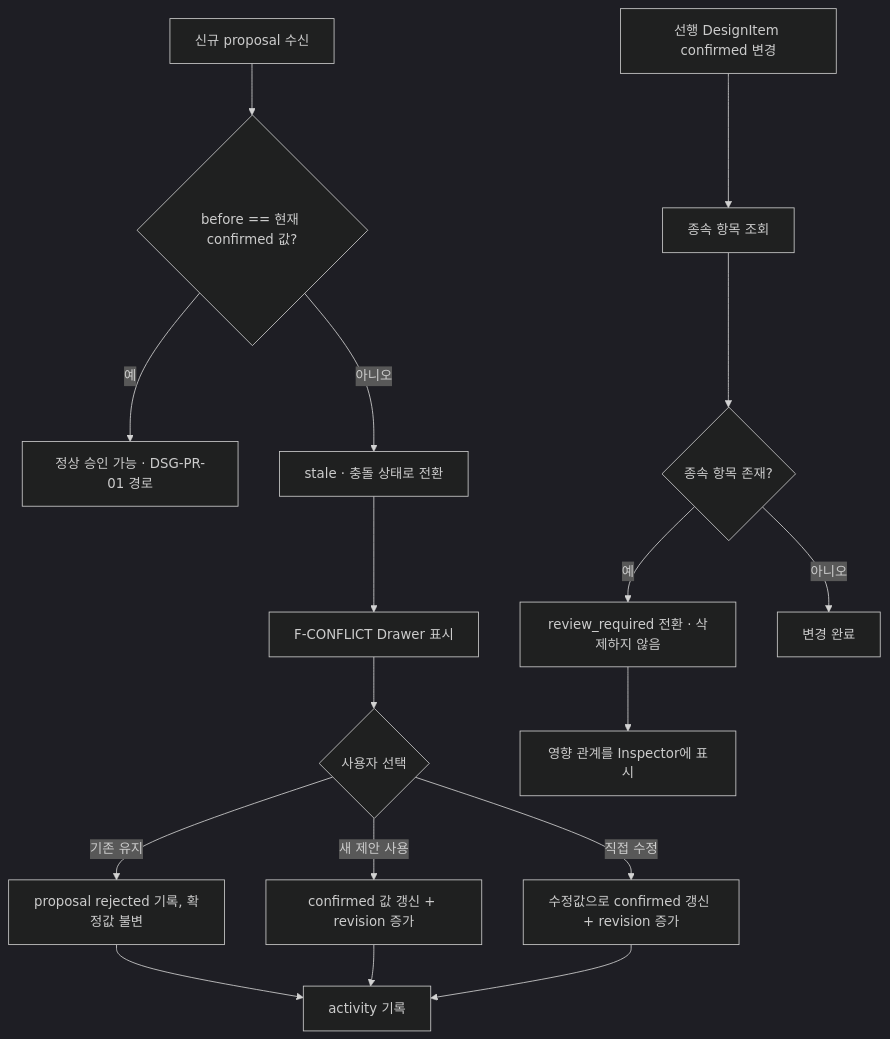
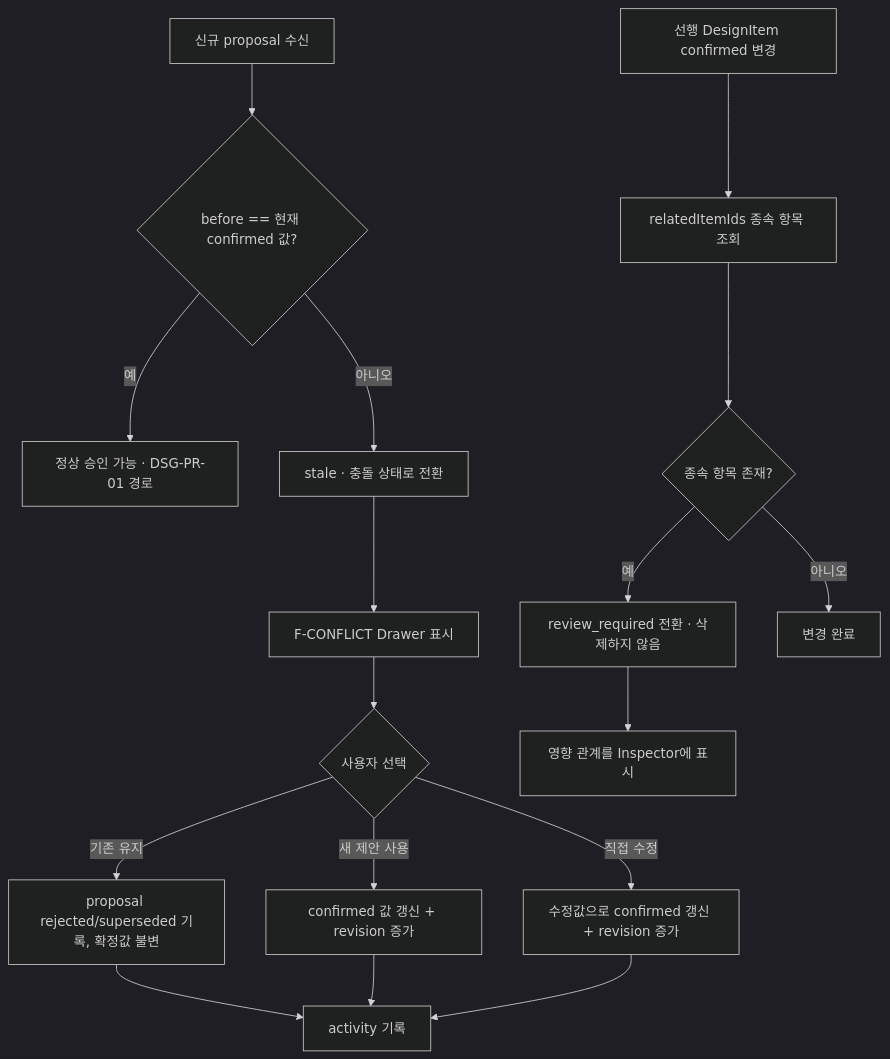
One commit to donghyunlee-dev/ai-agent-blueprint changed the first of 2 diagrams in docs/tasks/DSG-PR-02/plan.md. Above: the diagram before and after it, drawn with Mermaid (dark theme). The commit also changed other lines of this file and 19 other files, not shown here.

````diff
--- a/docs/tasks/DSG-PR-02/plan.md
+++ b/docs/tasks/DSG-PR-02/plan.md
@@ -48,20 +55,20 @@
 ```mermaid
 flowchart TD
     A[신규 proposal 수신] --> B{before == 현재 confirmed 값?}
     B -- 예 --> C[정상 승인 가능 · DSG-PR-01 경로]
     B -- 아니오 --> D[stale · 충돌 상태로 전환]
     D --> E[F-CONFLICT Drawer 표시]
     E --> F{사용자 선택}
-    F -- 기존 유지 --> G[proposal rejected 기록, 확정값 불변]
+    F -- 기존 유지 --> G[proposal rejected/superseded 기록, 확정값 불변]
     F -- 새 제안 사용 --> H[confirmed 값 갱신 + revision 증가]
     F -- 직접 수정 --> I[수정값으로 confirmed 갱신 + revision 증가]
     G --> J[activity 기록]
     H --> J
     I --> J
 
-    K[선행 DesignItem confirmed 변경] --> L[종속 항목 조회]
+    K[선행 DesignItem confirmed 변경] --> L[relatedItemIds 종속 항목 조회]
     L --> M{종속 항목 존재?}
     M -- 예 --> N[review_required 전환 · 삭제하지 않음]
     M -- 아니오 --> O[변경 완료]
     N --> P[영향 관계를 Inspector에 표시]
 ```
````
